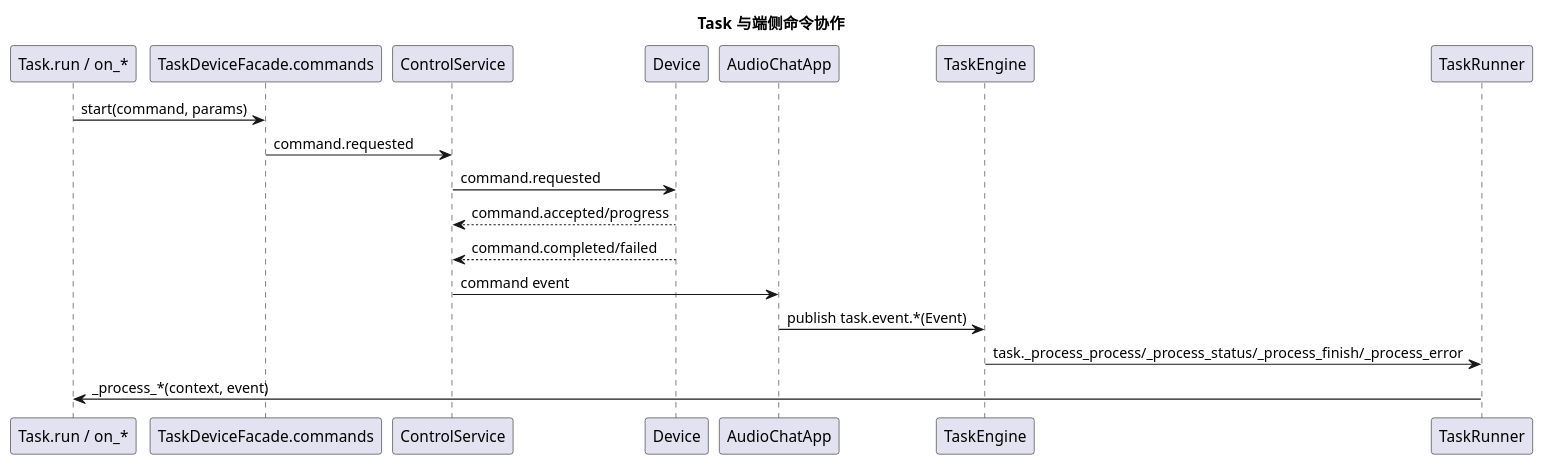
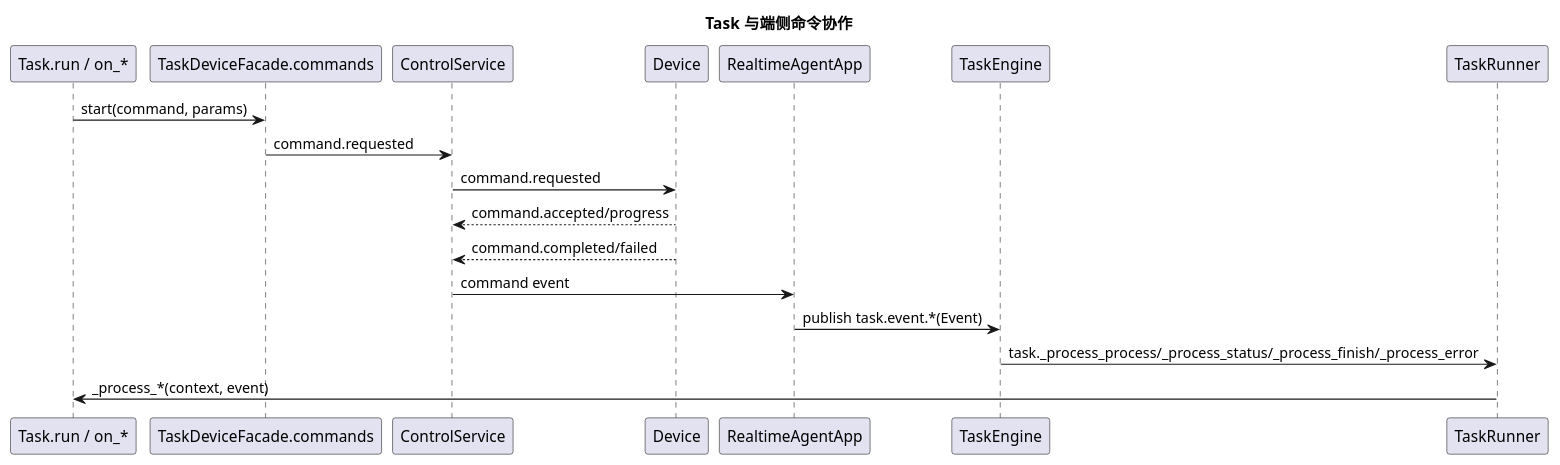
Before and after one commit to HengeLiu/RealtimeAgent: the second of 2 diagrams in audio-server/docs/internal/task-core-design.md, drawn with PlantUML. The commit also changed other lines of this file and 488 other files, not shown here.

````diff
--- a/audio-server/docs/internal/task-core-design.md
+++ b/audio-server/docs/internal/task-core-design.md
@@ -737,23 +748,23 @@
 ```plantuml
 @startuml
 title Task 与端侧命令协作
 
 participant "Task.run / on_*" as Task
 participant "TaskDeviceFacade.commands" as Commands
 participant "ControlService" as Control
 participant "Device" as Device
-participant "AudioChatApp" as App
+participant "RealtimeAgentApp" as App
 participant "TaskEngine" as Engine
 participant "TaskRunner" as Runner
 
 Task -> Commands : start(command, params)
 Commands -> Control : command.requested
 Control -> Device : command.requested
 Device --> Control : command.accepted/progress
 Device --> Control : command.completed/failed
 Control -> App : command event
 App -> Engine : publish task.event.*(Event)
 Engine -> Runner : task._process_process/_process_status/_process_finish/_process_error
 Runner -> Task : _process_*(context, event)
 @enduml
 ```
````
